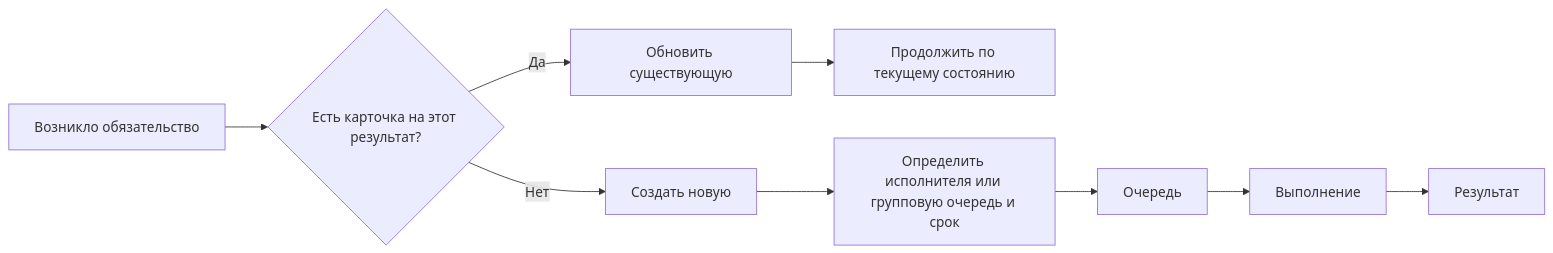
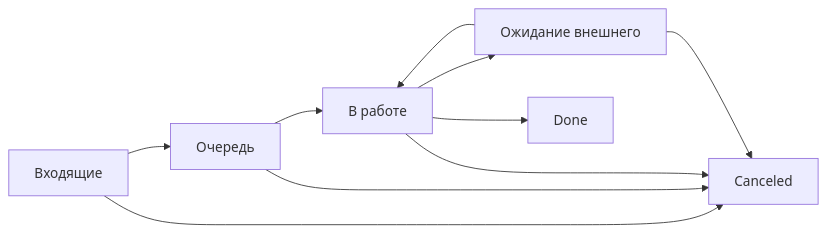
The second of 4 diagrams in docs/01-methodology.md (lazuale/department), drawn with Mermaid before and after one commit. The commit also changed other lines of this file, not shown here.

````diff
--- a/docs/01-methodology.md
+++ b/docs/01-methodology.md
@@ -20,11 +121,12 @@
 ```mermaid
 flowchart LR
-    A[Возникло обязательство] --> B{Есть карточка на этот результат?}
-    B -- Да --> C[Обновить существующую]
-    C --> S[Продолжить по текущему состоянию]
-    B -- Нет --> D[Создать новую]
-    D --> E[Определить исполнителя или групповую очередь и срок]
-    E --> Q[Очередь]
-    Q --> W[Выполнение]
-    W --> R[Результат]
+    I[Входящие] --> Q[Очередь]
+    Q --> W[В работе]
+    W --> E[Ожидание внешнего]
+    E --> W
+    W --> D[Done]
+    I --> C[Canceled]
+    Q --> C
+    W --> C
+    E --> C
 ```
````
